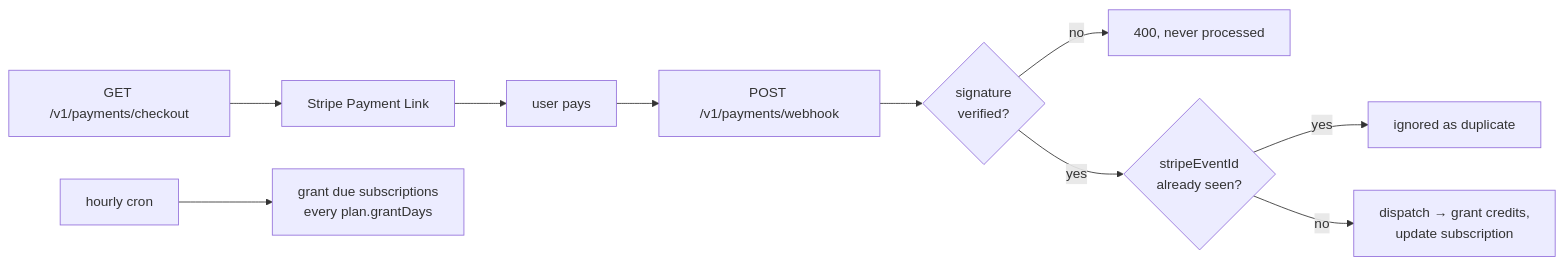
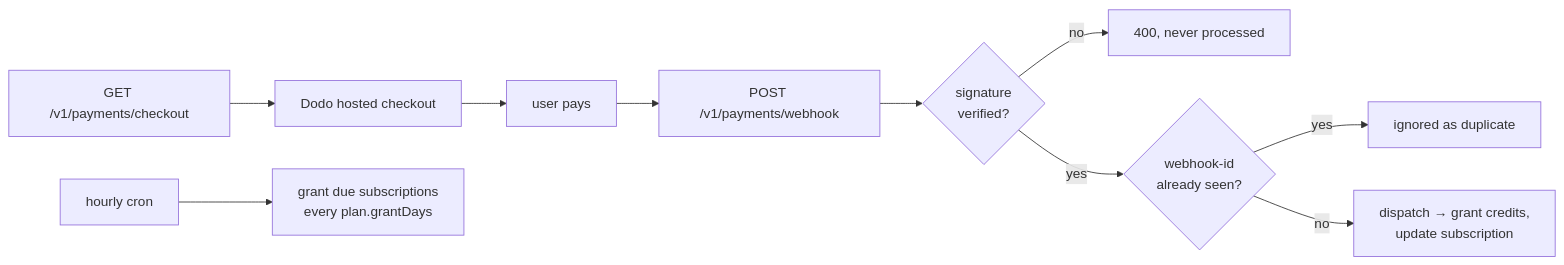
The sixth of 7 diagrams in docs/ARCHITECTURE.md (asilbekali/TH-Labs-full), drawn with Mermaid before and after one commit. The commit also changed other lines of this file and 13 other files, not shown here.

````diff
--- a/docs/ARCHITECTURE.md
+++ b/docs/ARCHITECTURE.md
@@ -254,12 +255,12 @@
 ```mermaid
 flowchart LR
-    P["GET /v1/payments/checkout"] --> SL["Stripe Payment Link"]
+    P["GET /v1/payments/checkout"] --> SL["Dodo hosted checkout"]
     SL --> PAY["user pays"]
     PAY --> WH["POST /v1/payments/webhook"]
     WH --> V{"signature<br/>verified?"}
     V -->|no| R400["400, never processed"]
-    V -->|yes| ID{"stripeEventId<br/>already seen?"}
+    V -->|yes| ID{"webhook-id<br/>already seen?"}
     ID -->|yes| DUP["ignored as duplicate"]
     ID -->|no| D["dispatch → grant credits,<br/>update subscription"]
     CRON["hourly cron"] --> G["grant due subscriptions<br/>every plan.grantDays"]
 ```
````
